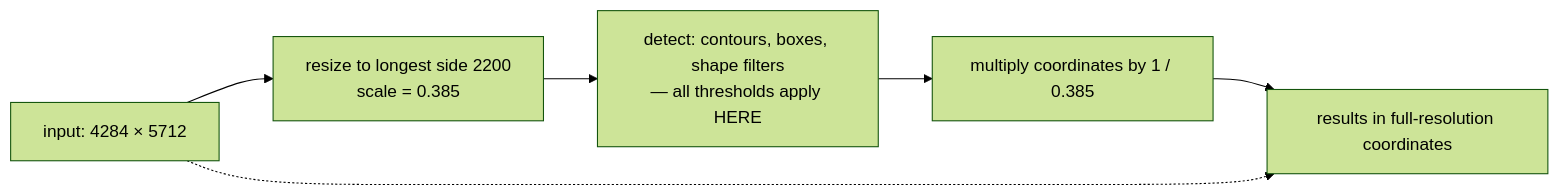
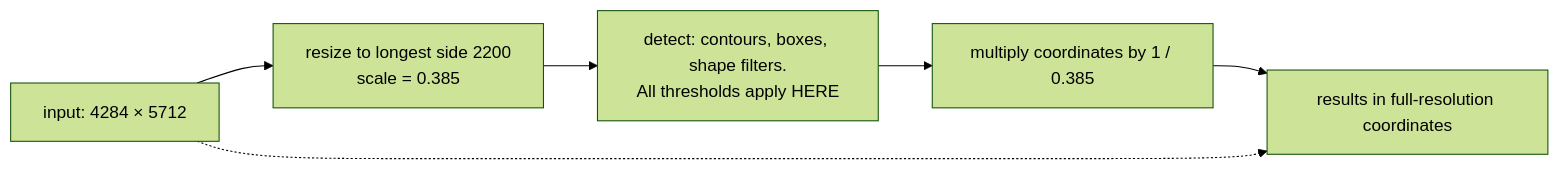
One commit to jennarbates/StratigraphyGenerator changed the diagram in docs/cs/multi-scale-analysis.md. Above: the diagram before and after it, drawn with Mermaid (forest theme). The commit also changed other lines of this file and 309 other files, not shown here.

````diff
--- a/docs/cs/multi-scale-analysis.md
+++ b/docs/cs/multi-scale-analysis.md
@@ -38,8 +38,8 @@
 ```mermaid
 flowchart LR
   Full["input: 4284 × 5712"] --> Down["resize to longest side 2200<br/>scale = 0.385"]
-  Down --> Det["detect: contours, boxes, shape filters<br/>— all thresholds apply HERE"]
+  Down --> Det["detect: contours, boxes, shape filters.<br/>All thresholds apply HERE"]
   Det --> Up["multiply coordinates by 1 / 0.385"]
   Up --> Out["results in full-resolution coordinates"]
   Full -.-> Out
 ```
````
